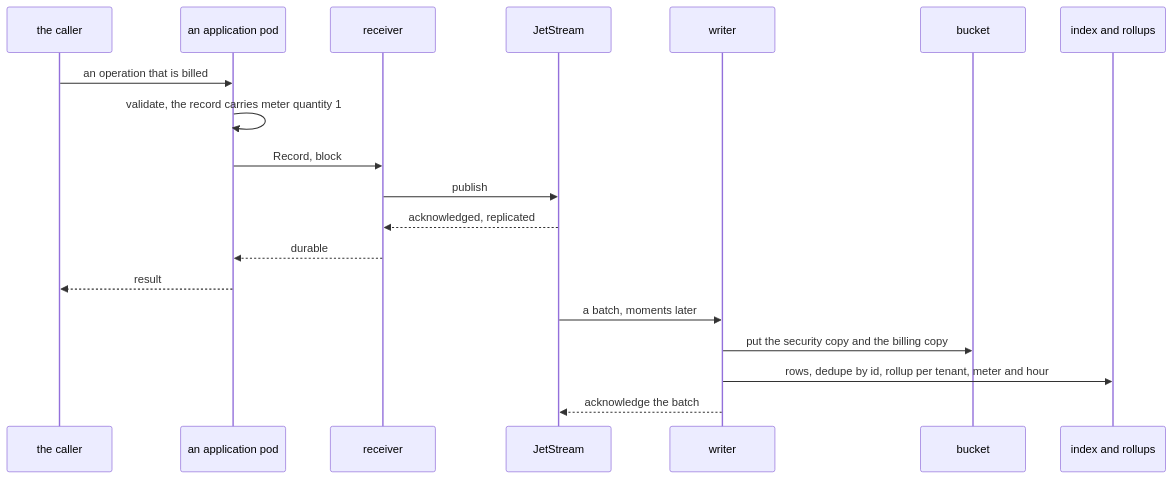
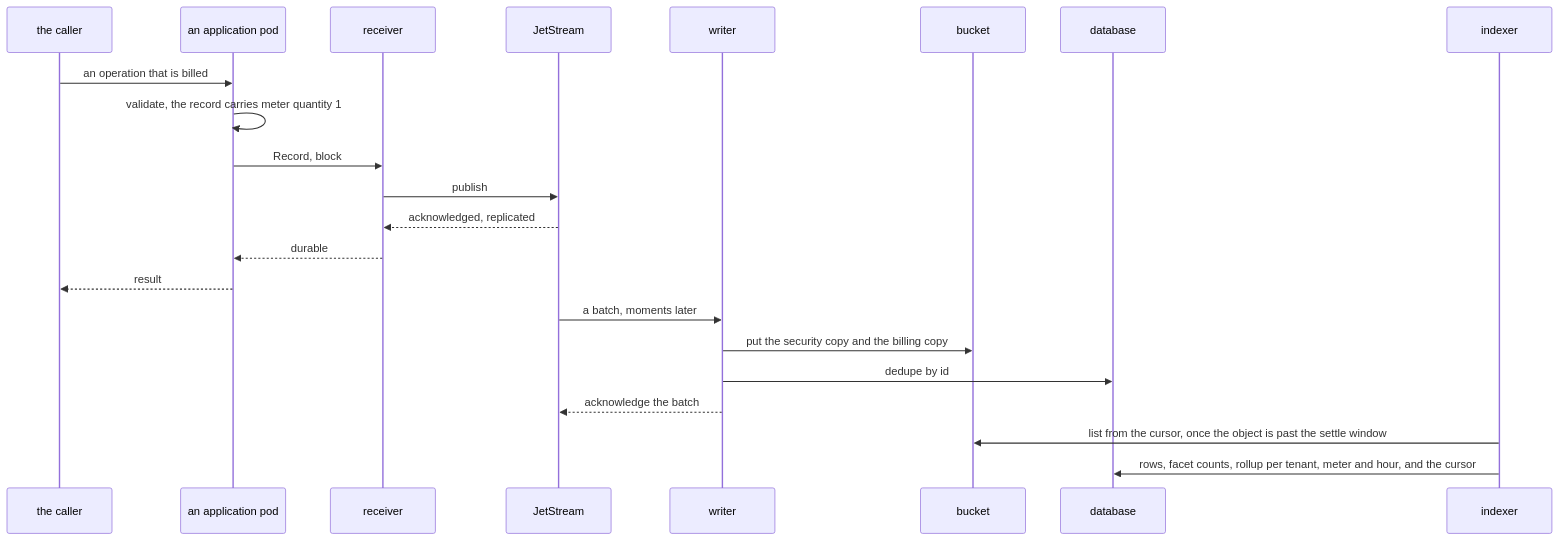
One commit to truvity/audit changed the second of 2 diagrams in docs/deployment/stream.md. Above: the diagram before and after it, drawn with Mermaid. The commit also changed other lines of this file and 106 other files, not shown here.

First line of the commit message:
feat: the cursor indexer, with observe split from the writer

````diff
--- a/docs/deployment/stream.md
+++ b/docs/deployment/stream.md
@@ -53,22 +53,25 @@
 ```mermaid
 sequenceDiagram
   participant C as the caller
   participant A as an application pod
   participant R as receiver
   participant N as JetStream
   participant W as writer
   participant S3 as bucket
-  participant PG as index and rollups
+  participant PG as database
+  participant O as indexer
 
   C->>A: an operation that is billed
   A->>A: validate, the record carries meter quantity 1
   A->>R: Record, block
   R->>N: publish
   N-->>R: acknowledged, replicated
   R-->>A: durable
   A-->>C: result
   N->>W: a batch, moments later
   W->>S3: put the security copy and the billing copy
-  W->>PG: rows, dedupe by id, rollup per tenant, meter and hour
+  W->>PG: dedupe by id
   W-->>N: acknowledge the batch
+  O->>S3: list from the cursor, once the object is past the settle window
+  O->>PG: rows, facet counts, rollup per tenant, meter and hour, and the cursor
 ```
````
